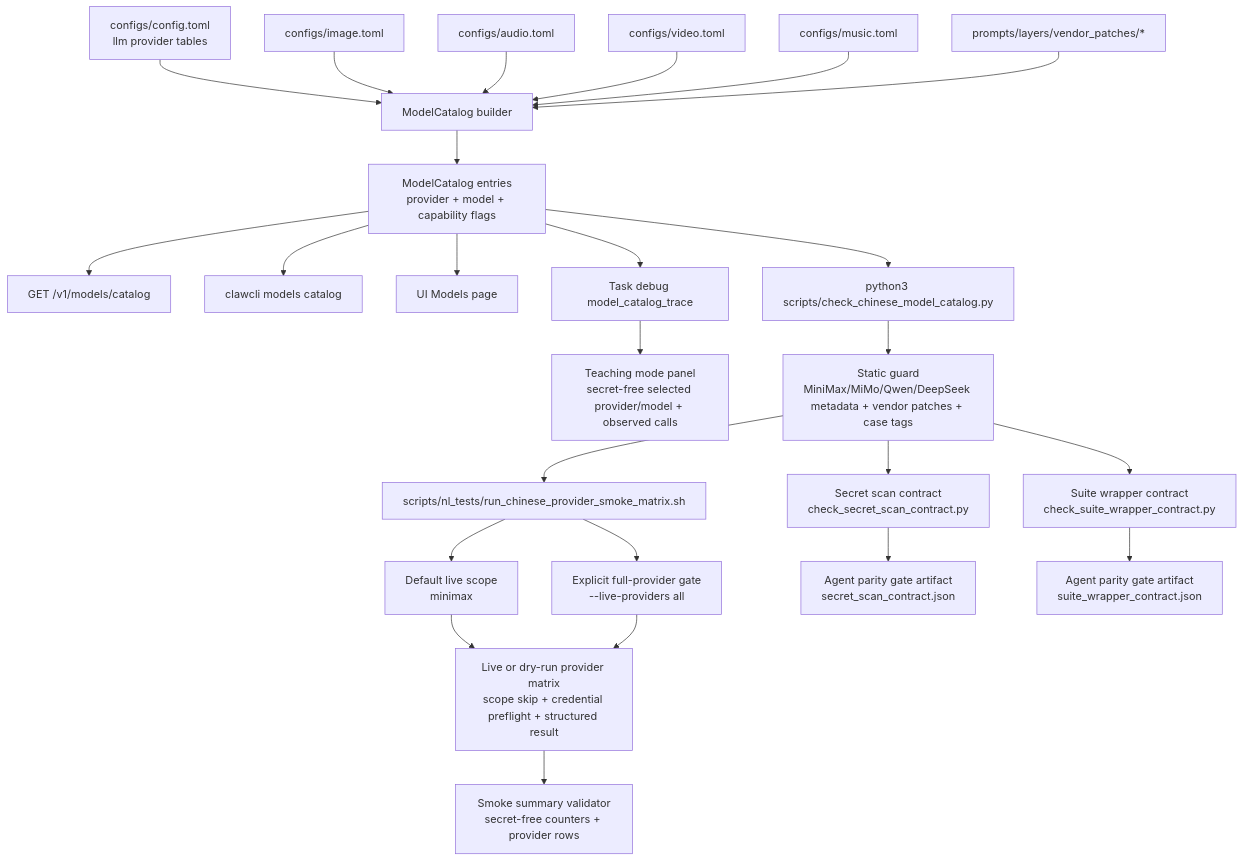
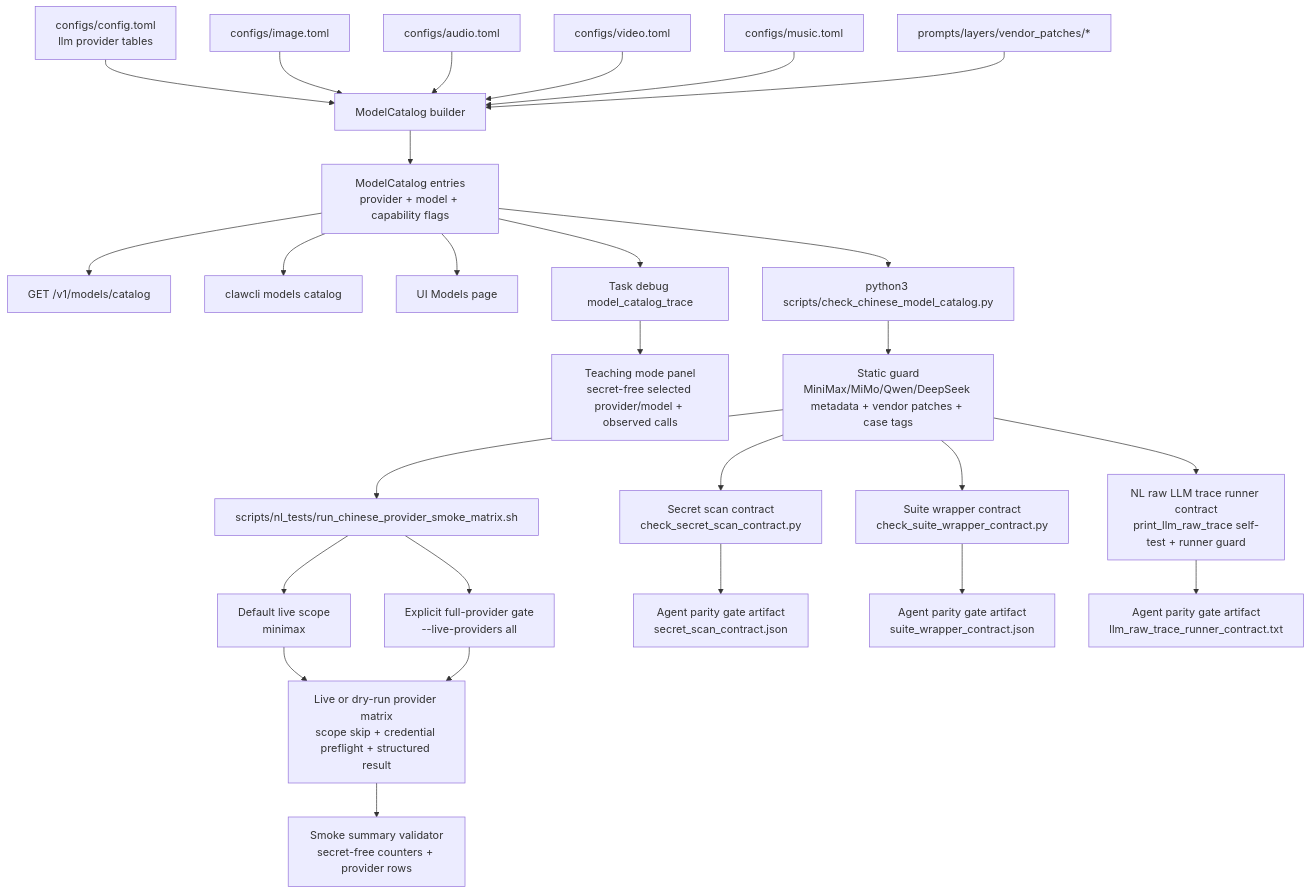
Diagram 16 of 16 in README.md (MatrixCoreX/RustClaw), drawn with Mermaid before and after one commit. The commit also changed other lines of this file, not shown here.

Commit message:
Document NL trace parity gate contract

````diff
--- a/README.md
+++ b/README.md
@@ -744,27 +744,29 @@
 ```mermaid
 flowchart TD
     A[configs/config.toml<br/>llm provider tables] --> B[ModelCatalog builder]
     C[configs/image.toml] --> B
     D[configs/audio.toml] --> B
     E[configs/video.toml] --> B
     F[configs/music.toml] --> B
     G[prompts/layers/vendor_patches/*] --> B
     B --> H[ModelCatalog entries<br/>provider + model + capability flags]
     H --> I[GET /v1/models/catalog]
     H --> J[clawcli models catalog]
     H --> K[UI Models page]
     H --> L[Task debug model_catalog_trace]
     L --> M[Teaching mode panel<br/>secret-free selected provider/model + observed calls]
     H --> N[python3 scripts/check_chinese_model_catalog.py]
     N --> O[Static guard<br/>MiniMax/MiMo/Qwen/DeepSeek metadata + vendor patches + case tags]
     O --> SC[Secret scan contract<br/>check_secret_scan_contract.py]
     O --> P[scripts/nl_tests/run_chinese_provider_smoke_matrix.sh]
     P --> PS[Default live scope<br/>minimax]
     PS --> Q[Live or dry-run provider matrix<br/>scope skip + credential preflight + structured result]
     P --> R[Explicit full-provider gate<br/>--live-providers all]
     R --> Q
     Q --> SV[Smoke summary validator<br/>secret-free counters + provider rows]
     SC --> AP[Agent parity gate artifact<br/>secret_scan_contract.json]
     O --> SW[Suite wrapper contract<br/>check_suite_wrapper_contract.py]
     SW --> AW[Agent parity gate artifact<br/>suite_wrapper_contract.json]
+    O --> LT[NL raw LLM trace runner contract<br/>print_llm_raw_trace self-test + runner guard]
+    LT --> AT[Agent parity gate artifact<br/>llm_raw_trace_runner_contract.txt]
 ```
````
